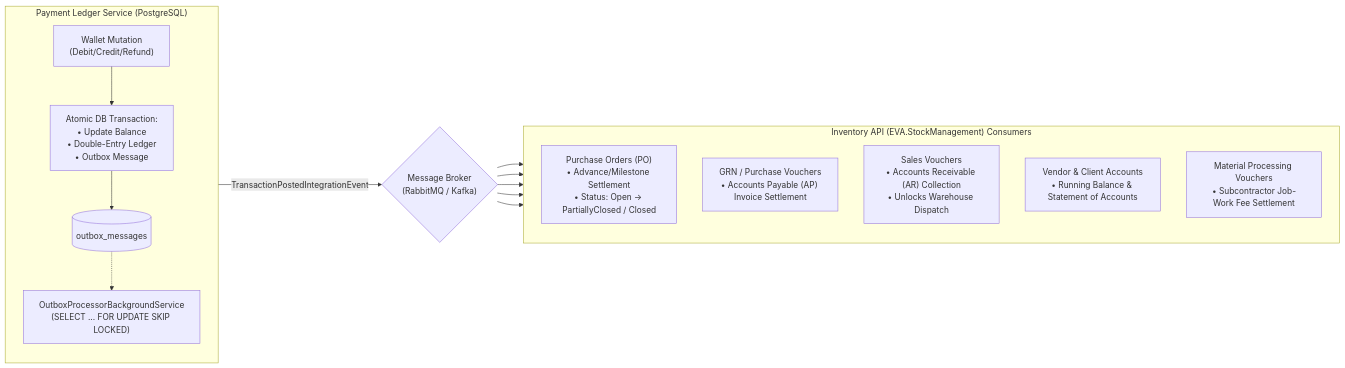
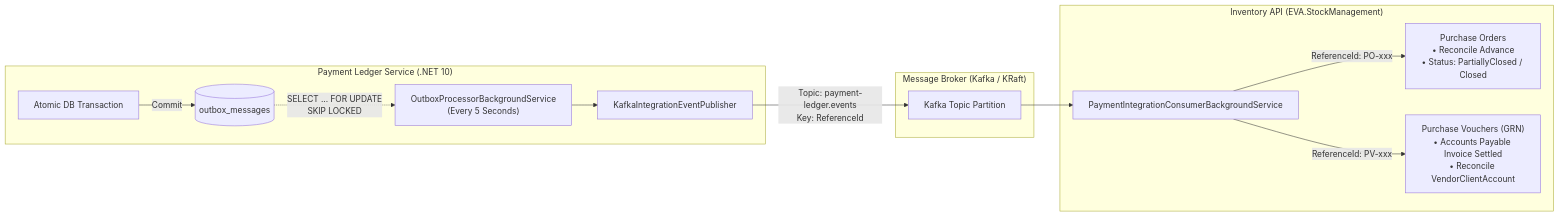
One commit to swagat45/Payment-Ledger-Service.Net changed the fourth of 4 diagrams in README.md. Above: the diagram before and after it, drawn with Mermaid. The commit also changed other lines of this file, not shown here.

Commit message:
docs: streamline README with complete HLD and LLD architecture diagrams

````diff
--- a/README.md
+++ b/README.md
@@ -163,32 +284,18 @@
 ```mermaid
 flowchart LR
-    subgraph PaymentLedger["Payment Ledger Service (PostgreSQL)"]
-        direction TB
-        Mutation["Wallet Mutation<br/>(Debit/Credit/Refund)"]
-        AtomicTx["Atomic DB Transaction:<br/>• Update Balance<br/>• Double-Entry Ledger<br/>• Outbox Message"]
-        OutboxTable[("outbox_messages")]
-        Dispatcher["OutboxProcessorBackgroundService<br/>(SELECT ... FOR UPDATE SKIP LOCKED)"]
-        
-        Mutation --> AtomicTx
-        AtomicTx --> OutboxTable
-        OutboxTable -.-> Dispatcher
+    subgraph PaymentLedgerService["Payment Ledger Service (.NET 10)"]
+        Tx["Atomic DB Transaction"] -->|"Commit"| OutboxTable[("outbox_messages")]
+        OutboxTable -.->|"SELECT ... FOR UPDATE<br/>SKIP LOCKED"| Dispatcher["OutboxProcessorBackgroundService<br/>(Every 5 Seconds)"]
+        Dispatcher --> Publisher["KafkaIntegrationEventPublisher"]
     end
 
-    Broker{"Message Broker<br/>(RabbitMQ / Kafka)"}
-    
-    subgraph InventoryAPI["Inventory API (EVA.StockManagement) Consumers"]
-        direction TB
-        C1["Purchase Orders (PO)<br/>• Advance/Milestone Settlement<br/>• Status: Open → PartiallyClosed / Closed"]
-        C2["GRN / Purchase Vouchers<br/>• Accounts Payable (AP) Invoice Settlement"]
-        C3["Sales Vouchers<br/>• Accounts Receivable (AR) Collection<br/>• Unlocks Warehouse Dispatch"]
-        C4["Vendor & Client Accounts<br/>• Running Balance & Statement of Accounts"]
-        C5["Material Processing Vouchers<br/>• Subcontractor Job-Work Fee Settlement"]
+    subgraph KafkaBroker["Message Broker (Kafka / KRaft)"]
+        Publisher -->|"Topic: payment-ledger.events<br/>Key: ReferenceId"| Kafka["Kafka Topic Partition"]
     end
 
-    Dispatcher -->|"TransactionPostedIntegrationEvent"| Broker
-    Broker --> C1
-    Broker --> C2
-    Broker --> C3
-    Broker --> C4
-    Broker --> C5
+    subgraph InventoryService["Inventory API (EVA.StockManagement)"]
+        Kafka --> Consumer["PaymentIntegrationConsumerBackgroundService"]
+        Consumer -->|"ReferenceId: PO-xxx"| PO["Purchase Orders<br/>• Reconcile Advance<br/>• Status: PartiallyClosed / Closed"]
+        Consumer -->|"ReferenceId: PV-xxx"| GRN["Purchase Vouchers (GRN)<br/>• Accounts Payable Invoice Settled<br/>• Reconcile VendorClientAccount"]
+    end
 ```
````
